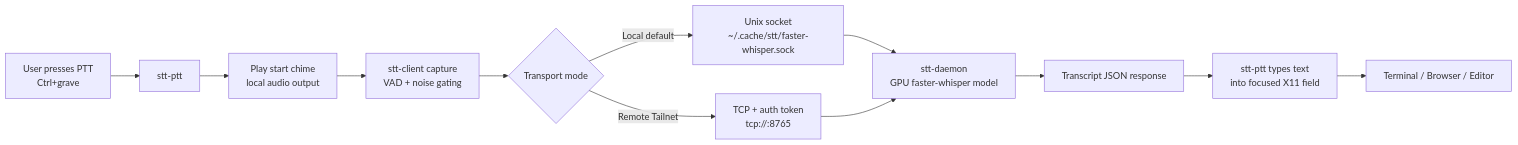
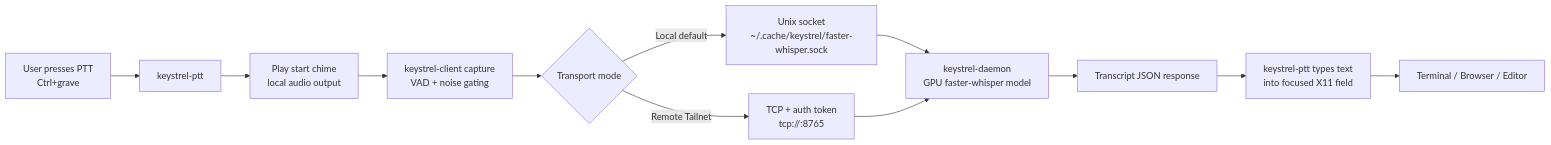
The diagram in README.md (segordon/stt_cli), drawn with Mermaid before and after one commit. The commit also changed other lines of this file and 34 other files, not shown here.

First line of the commit message:
Rename STT stack to Keystrel and consolidate documentation assets

````diff
--- a/README.md
+++ b/README.md
@@ -49,17 +57,17 @@
 ```mermaid
 flowchart LR
-    U[User presses PTT\nCtrl+grave] --> P[stt-ptt]
+    U[User presses PTT\nCtrl+grave] --> P[keystrel-ptt]
     P --> C1[Play start chime\nlocal audio output]
-    C1 --> C2[stt-client capture\nVAD + noise gating]
+    C1 --> C2[keystrel-client capture\nVAD + noise gating]
     C2 --> D{Transport mode}
 
-    D -->|Local default| L1[Unix socket\n~/.cache/stt/faster-whisper.sock]
-    L1 --> S[stt-daemon\nGPU faster-whisper model]
+    D -->|Local default| L1[Unix socket\n~/.cache/keystrel/faster-whisper.sock]
+    L1 --> S[keystrel-daemon\nGPU faster-whisper model]
 
     D -->|Remote Tailnet| R1[TCP + auth token\ntcp://<tailscale-ip>:8765]
     R1 --> S
 
     S --> T[Transcript JSON response]
-    T --> P2[stt-ptt types text\ninto focused X11 field]
+    T --> P2[keystrel-ptt types text\ninto focused X11 field]
     P2 --> A[Terminal / Browser / Editor]
 ```
````
